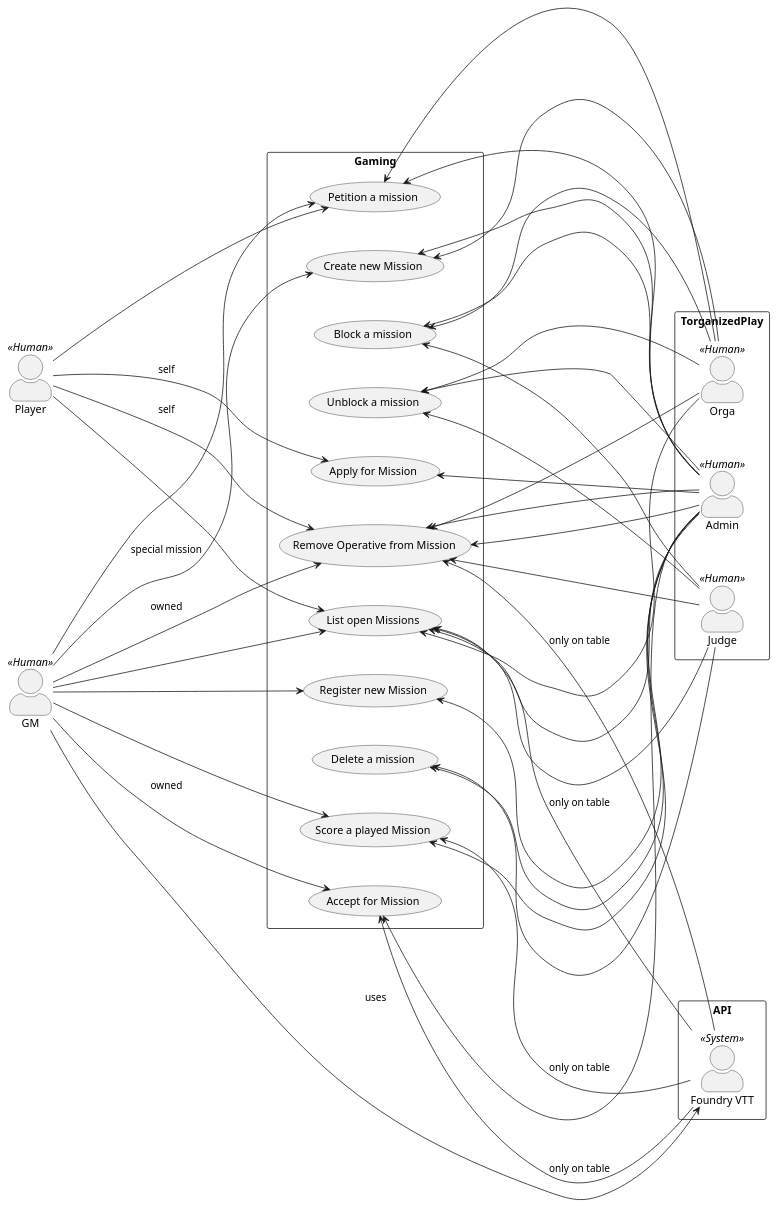
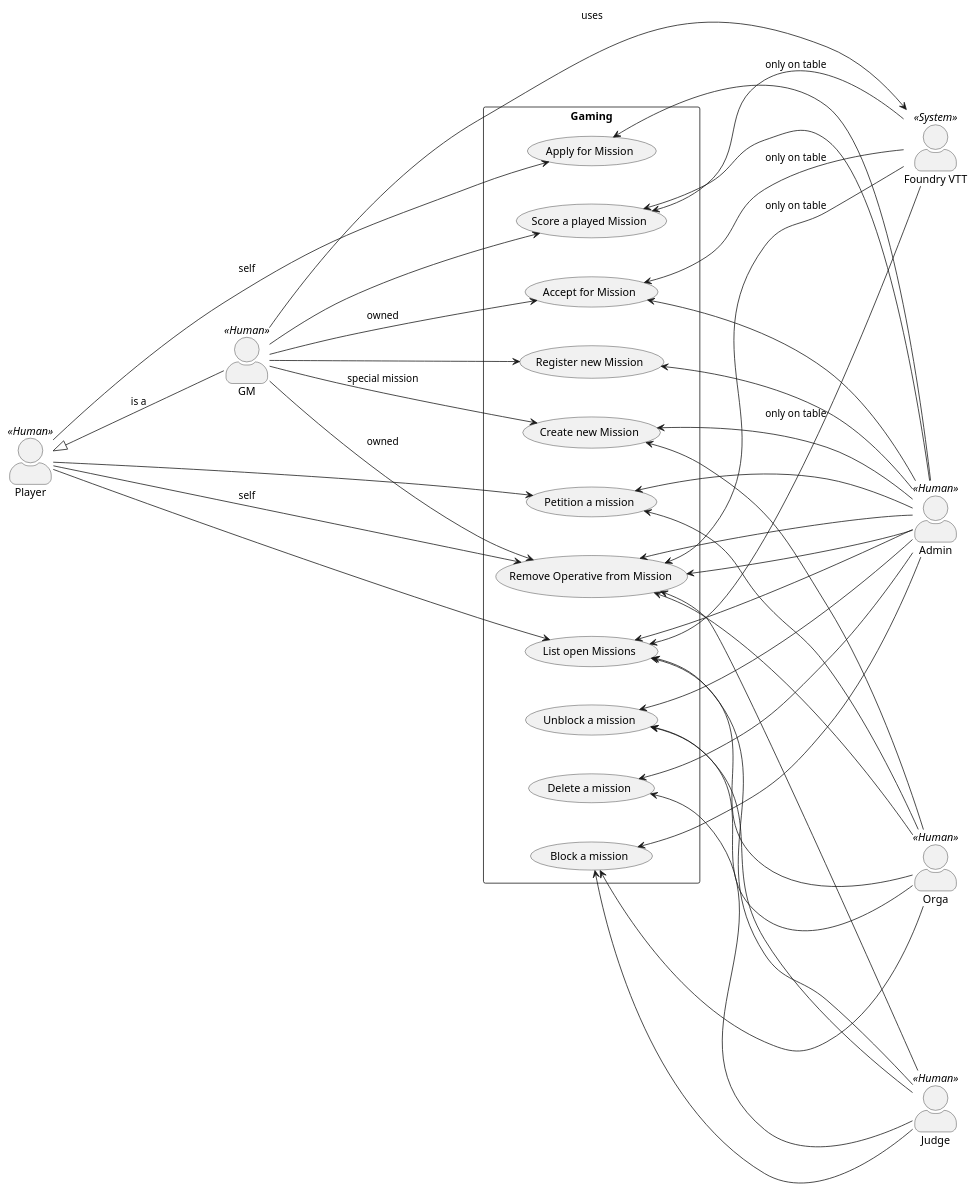
Before and after one commit to Paladins-Inn/torganized-play-architecture: the diagram in src/main/docs/architecture/modules/arc42/pages/03_system_scope_and_context/gaming.adoc, drawn with PlantUML. The commit also changed 8 other files, not shown here.

Commit message:
Made the UML use case diagrams more readable and fleshed out the torg-codes one.

```diff
--- a/src/main/docs/architecture/modules/arc42/pages/03_system_scope_and_context/gaming.adoc
+++ b/src/main/docs/architecture/modules/arc42/pages/03_system_scope_and_context/gaming.adoc
@@ -5,83 +5,78 @@
 [plantuml,business-context-gaming,svg]
 ....
 @startuml
 left to right direction
 skinparam actorStyle awesome
 skinparam nodesep 50
 skinparam ranksep 200
 
 Player as user << Human >>
 GM as gm << Human >>
+Judge as judge << Human >>
+Orga as orga << Human >>
+Admin as admin << Human >>
+
+:Foundry VTT: as foundryVTT << System >>
+
+user <|-- gm : is a
 
 rectangle Gaming {
     usecase "Create new Mission" as mcreate
 
     usecase "Register new Mission" as mreg
     usecase "Score a played Mission" as mscore
 
     usecase "List open Missions" as mlist
     usecase "Apply for Mission" as mapply
     usecase "Accept for Mission" as maccept
     usecase "Remove Operative from Mission" as mremove
 
     usecase "Petition a mission" as mpetition
     usecase "Block a mission" as mblock
     usecase "Unblock a mission" as munblock
     usecase "Delete a mission" as mdelete
 }
 
-rectangle TorganizedPlay {
-    Judge as judge << Human >>
-    Orga as orga << Human >>
-    Admin as admin << Human >>
-}
-
-rectangle API {
-    :Foundry VTT: as foundryVTT << System >>
-}
-
 
 user --> mlist
 user --> mapply : self
 user --> mremove : self
 user --> mpetition
 gm --> mcreate : special mission
 gm --> mreg
 gm --> mscore
-gm --> mlist
 gm --> maccept : owned
 gm --> mremove : owned
-gm --> mpetition
 gm --> foundryVTT : uses
 
 mlist <-- foundryVTT : only on table
 mscore <-- foundryVTT : only on table
 maccept <-- foundryVTT : only on table
 mremove <-- foundryVTT : only on table
 
 mlist <-- judge
 mremove <-- judge
 mblock <-- judge
 munblock <-- judge
 mdelete <-- judge
 mcreate <-- orga
 mlist <-- orga
 mremove <-- orga
 mblock <-- orga
 munblock <-- orga
 mpetition <-- orga
 mcreate <-- admin
 mreg <-- admin
 mscore <-- admin
 mlist <-- admin
 mapply <-- admin
 maccept <-- admin
 mremove <-- admin
 mpetition <-- admin
 mblock <-- admin
 munblock <-- admin
 mremove <-- admin
 mdelete <-- admin
 
 @enduml
 ....
```
